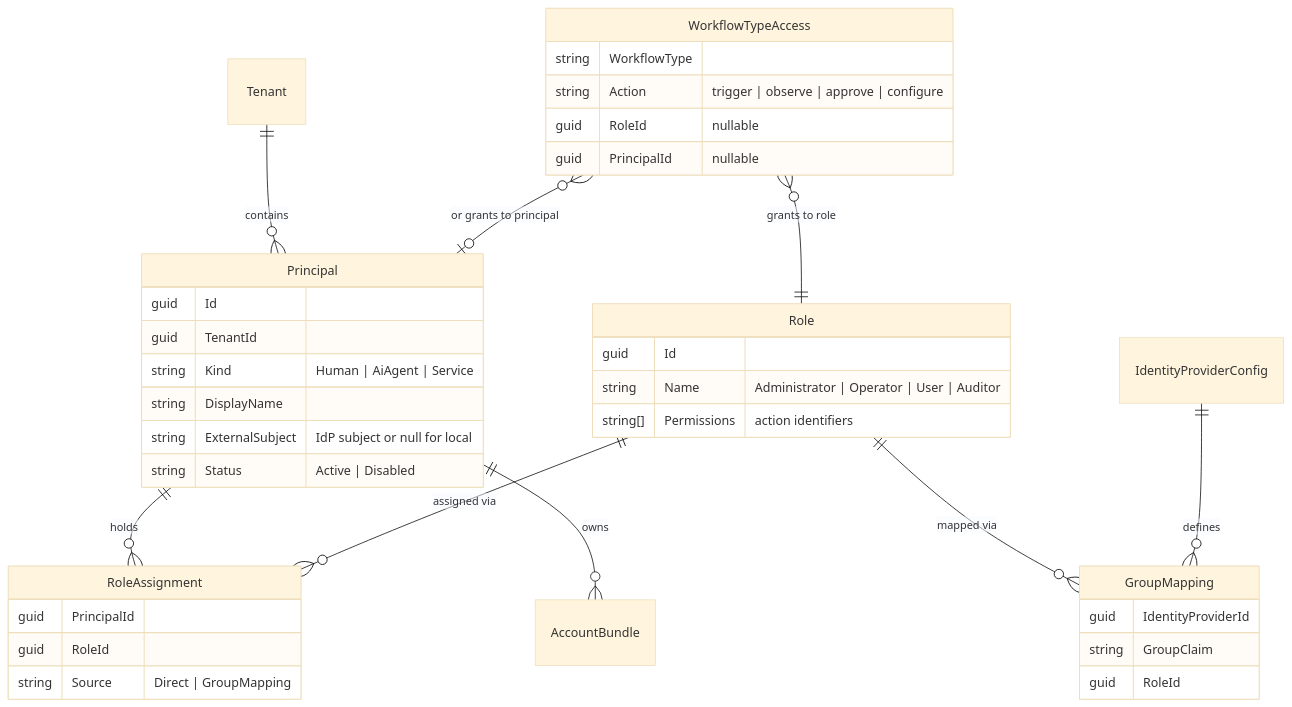
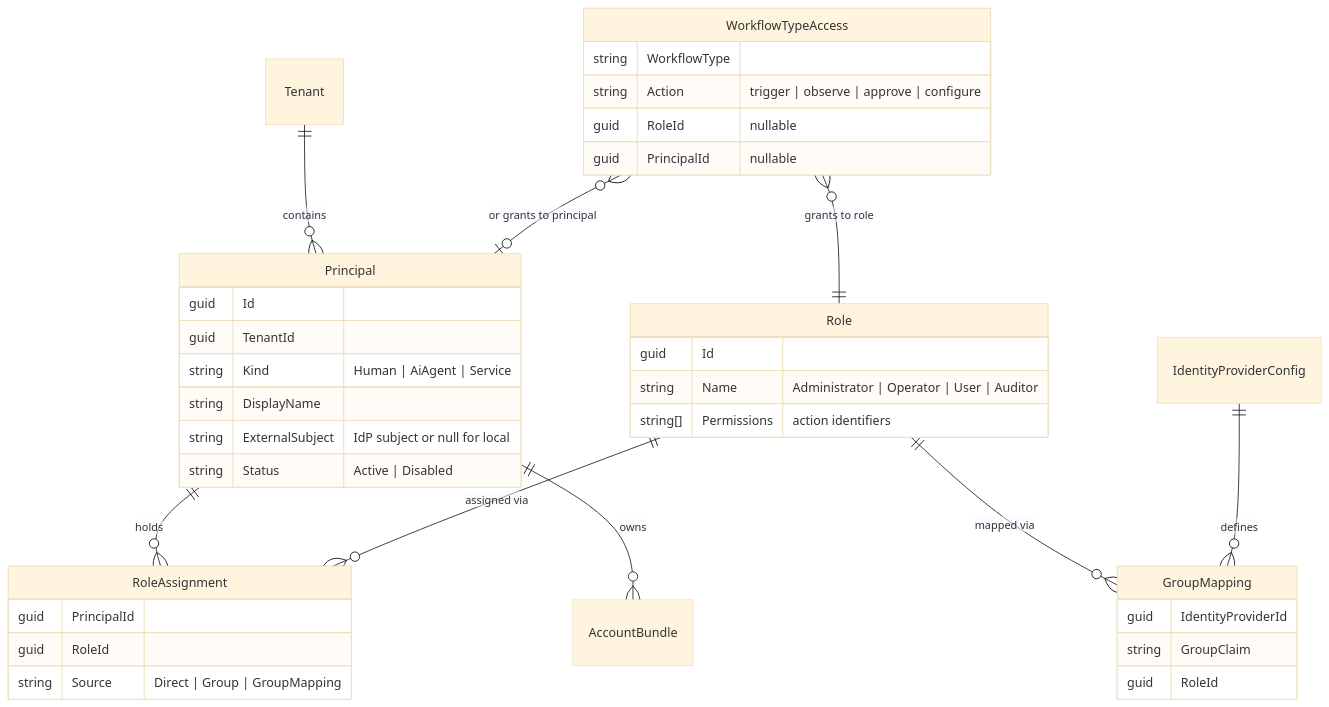
One commit to FelixKlakow/Auxilia changed the diagram in docs/governance-rbac-design.md. Above: the diagram before and after it, drawn with Mermaid (base theme). The commit also changed other lines of this file and 4 other files, not shown here.

First line of the commit message:
docs: rewrite ARCHITECTURE to the three-deployable model

````diff
--- a/docs/governance-rbac-design.md
+++ b/docs/governance-rbac-design.md
@@ -14,41 +14,41 @@
 ```mermaid
 erDiagram
     Tenant ||--o{ Principal : contains
     Principal ||--o{ RoleAssignment : holds
     Principal ||--o{ AccountBundle : owns
     Role ||--o{ RoleAssignment : "assigned via"
     Role ||--o{ GroupMapping : "mapped via"
     IdentityProviderConfig ||--o{ GroupMapping : defines
     WorkflowTypeAccess }o--|| Role : "grants to role"
     WorkflowTypeAccess }o--o| Principal : "or grants to principal"
 
     Principal {
         guid Id
         guid TenantId
         string Kind "Human | AiAgent | Service"
         string DisplayName
         string ExternalSubject "IdP subject or null for local"
         string Status "Active | Disabled"
     }
     Role {
         guid Id
         string Name "Administrator | Operator | User | Auditor"
         string[] Permissions "action identifiers"
     }
     RoleAssignment {
         guid PrincipalId
         guid RoleId
-        string Source "Direct | GroupMapping"
+        string Source "Direct | Group | GroupMapping"
     }
     GroupMapping {
         guid IdentityProviderId
         string GroupClaim
         guid RoleId
     }
     WorkflowTypeAccess {
         string WorkflowType
         string Action "trigger | observe | approve | configure"
         guid RoleId "nullable"
         guid PrincipalId "nullable"
     }
 ```
````
